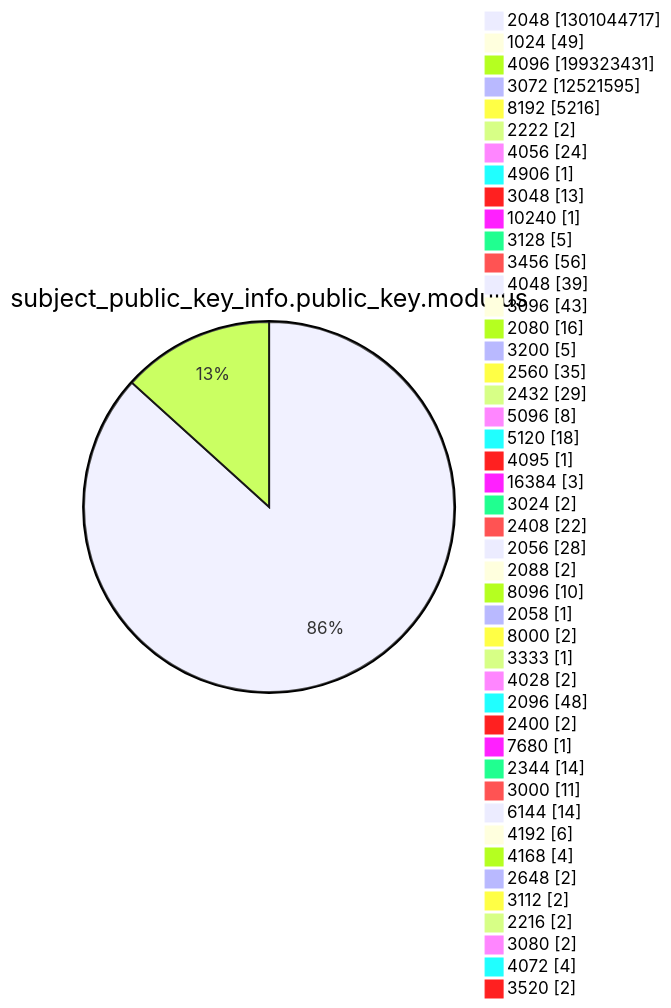
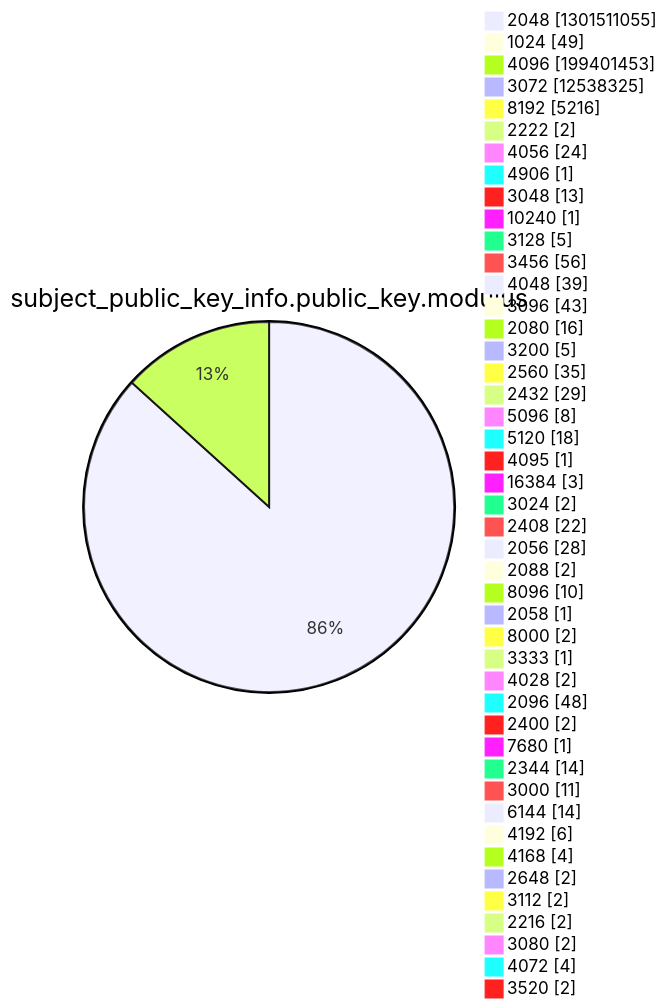
Before and after one commit to christiankrug/ctmonitor_visualization: diagram 13 of 15 in xenon2022/README.md, drawn with Mermaid. The commit also changed other lines of this file, not shown here.

````diff
--- a/xenon2022/README.md
+++ b/xenon2022/README.md
@@ -3924,49 +3924,49 @@
 ```mermaid
 pie showData
 title subject_public_key_info.public_key.modulus
-"2048" :1301044717
+"2048" :1301511055
 "1024" :49
-"4096" :199323431
-"3072" :12521595
+"4096" :199401453
+"3072" :12538325
 "8192" :5216
 "2222" :2
 "4056" :24
 "4906" :1
 "3048" :13
 "10240" :1
 "3128" :5
 "3456" :56
 "4048" :39
 "3096" :43
 "2080" :16
 "3200" :5
 "2560" :35
 "2432" :29
 "5096" :8
 "5120" :18
 "4095" :1
 "16384" :3
 "3024" :2
 "2408" :22
 "2056" :28
 "2088" :2
 "8096" :10
 "2058" :1
 "8000" :2
 "3333" :1
 "4028" :2
 "2096" :48
 "2400" :2
 "7680" :1
 "2344" :14
 "3000" :11
 "6144" :14
 "4192" :6
 "4168" :4
 "2648" :2
 "3112" :2
 "2216" :2
 "3080" :2
 "4072" :4
 "3520" :2
 ```
````
